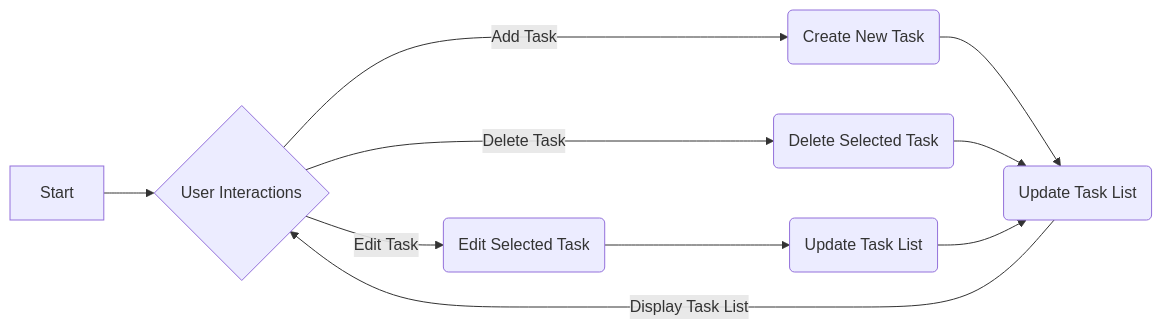
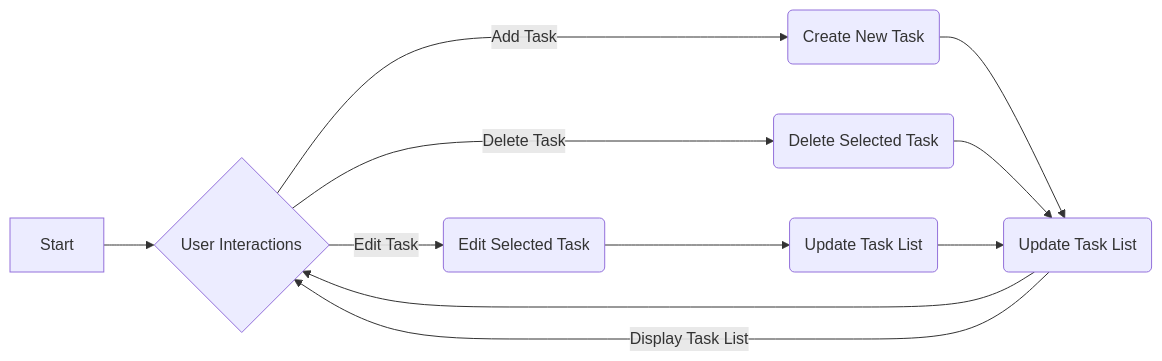
The diagram in doc/Problem 1 Doc.md (CompIsle/Unit-16-A2), drawn with Mermaid before and after one commit.

Commit message:
Update Problem 1 Doc.md

````diff
--- a/doc/Problem 1 Doc.md
+++ b/doc/Problem 1 Doc.md
@@ -32,12 +32,13 @@
 ```mermaid
 graph LR
-A[Start] --> B{User Interactions}
-B -- Add Task --> C(Create New Task)
-C --> D(Update Task List)
-B -- Delete Task --> E(Delete Selected Task)
-E --> D
-B -- Edit Task --> F(Edit Selected Task)
-F --> G(Update Task List)
-G --> D
-D -- Display Task List --> B
+    A[Start] --> B{User Interactions}
+    B -- Add Task --> C(Create New Task)
+    C --> D(Update Task List)
+    D --> B
+    B -- Delete Task --> E(Delete Selected Task)
+    E --> D
+    B -- Edit Task --> F(Edit Selected Task)
+    F --> G(Update Task List)
+    G --> D
+    D -- Display Task List --> B
 ```
````
